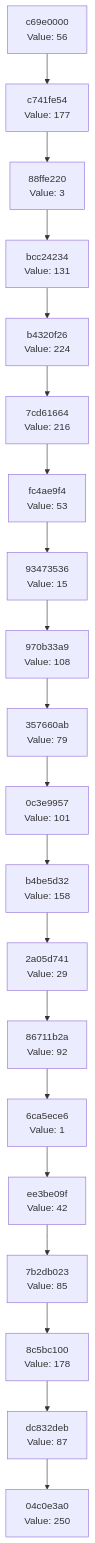
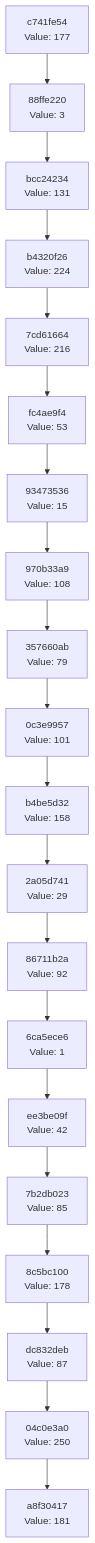
Before and after one commit to Abhisheksinha1506/hash-chain-evolver: the diagram in docs/CHAIN_VISUALIZATION.md, drawn with Mermaid. The commit also changed 2 other files, not shown here.

Commit message:
Evolution Step

````diff
--- a/docs/CHAIN_VISUALIZATION.md
+++ b/docs/CHAIN_VISUALIZATION.md
@@ -3,42 +3,42 @@
 ```mermaid
 graph TD
-    C0["04c0e3a0<br/>Value: 250"]
-    C1["dc832deb<br/>Value: 87"]
+    C0["a8f30417<br/>Value: 181"]
+    C1["04c0e3a0<br/>Value: 250"]
     C1 --> C0
-    C2["8c5bc100<br/>Value: 178"]
+    C2["dc832deb<br/>Value: 87"]
     C2 --> C1
-    C3["7b2db023<br/>Value: 85"]
+    C3["8c5bc100<br/>Value: 178"]
     C3 --> C2
-    C4["ee3be09f<br/>Value: 42"]
+    C4["7b2db023<br/>Value: 85"]
     C4 --> C3
-    C5["6ca5ece6<br/>Value: 1"]
+    C5["ee3be09f<br/>Value: 42"]
     C5 --> C4
-    C6["86711b2a<br/>Value: 92"]
+    C6["6ca5ece6<br/>Value: 1"]
     C6 --> C5
-    C7["2a05d741<br/>Value: 29"]
+    C7["86711b2a<br/>Value: 92"]
     C7 --> C6
-    C8["b4be5d32<br/>Value: 158"]
+    C8["2a05d741<br/>Value: 29"]
     C8 --> C7
-    C9["0c3e9957<br/>Value: 101"]
+    C9["b4be5d32<br/>Value: 158"]
     C9 --> C8
-    C10["357660ab<br/>Value: 79"]
+    C10["0c3e9957<br/>Value: 101"]
     C10 --> C9
-    C11["970b33a9<br/>Value: 108"]
+    C11["357660ab<br/>Value: 79"]
     C11 --> C10
-    C12["93473536<br/>Value: 15"]
+    C12["970b33a9<br/>Value: 108"]
     C12 --> C11
-    C13["fc4ae9f4<br/>Value: 53"]
+    C13["93473536<br/>Value: 15"]
     C13 --> C12
-    C14["7cd61664<br/>Value: 216"]
+    C14["fc4ae9f4<br/>Value: 53"]
     C14 --> C13
-    C15["b4320f26<br/>Value: 224"]
+    C15["7cd61664<br/>Value: 216"]
     C15 --> C14
-    C16["bcc24234<br/>Value: 131"]
+    C16["b4320f26<br/>Value: 224"]
     C16 --> C15
-    C17["88ffe220<br/>Value: 3"]
+    C17["bcc24234<br/>Value: 131"]
     C17 --> C16
-    C18["c741fe54<br/>Value: 177"]
+    C18["88ffe220<br/>Value: 3"]
     C18 --> C17
-    C19["c69e0000<br/>Value: 56"]
+    C19["c741fe54<br/>Value: 177"]
     C19 --> C18
 ```
````
